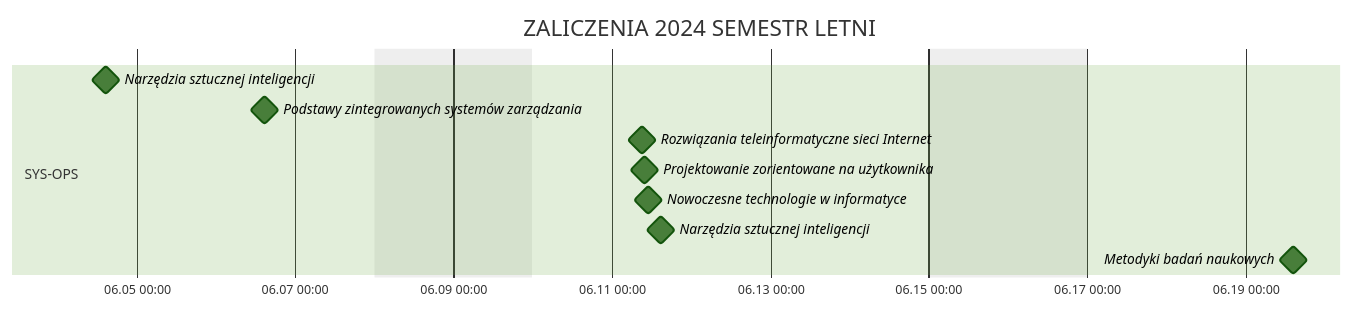
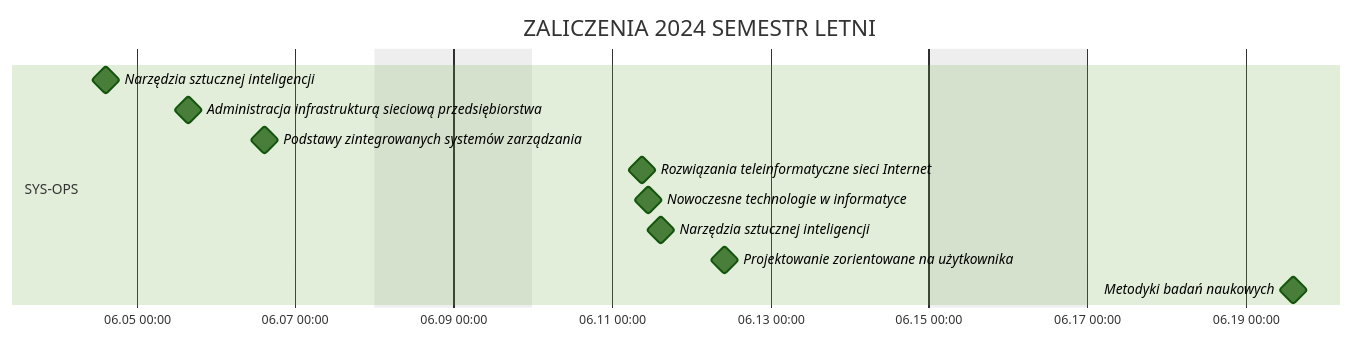
Before and after one commit to Week-end-Development/WED: the diagram in INFO.md, drawn with Mermaid (forest theme). The commit also changed other lines of this file, not shown here.

````diff
--- a/INFO.md
+++ b/INFO.md
@@ -32,15 +32,16 @@
 ```mermaid
 gantt
   title ZALICZENIA 2024 SEMESTR LETNI
   dateFormat MM-DD HH:mm
   axisFormat %m.%d %H:%M
   excludes weekends
   section SYS-OPS
     Narzędzia sztucznej inteligencji : milestone, 2024-06-04 14:40, 0d
+    Administracja infrastrukturą sieciową przedsiębiorstwa : milestone, 2024-06-05 15:30, 0d 
     Podstawy zintegrowanych systemów zarządzania  : milestone, 2024-06-06 14:40, 0d
     Rozwiązania teleinformatyczne sieci Internet : milestone, 2024-06-11 09:15, 0d
-    Projektowanie zorientowane na użytkownika : milestone, 2024-06-11 10:05, 0d
     Nowoczesne technologie w informatyce : milestone, 2024-06-11 11:00, 0d
     Narzędzia sztucznej inteligencji : milestone, 2024-06-11 14:40, 0d
+    Projektowanie zorientowane na użytkownika : milestone, 2024-06-12 10:05, 0d
     Metodyki badań naukowych : milestone, 2024-06-19 14:30, 0d
 ```
````
